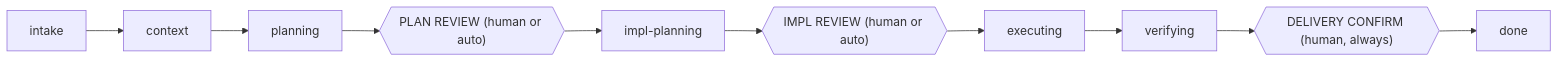
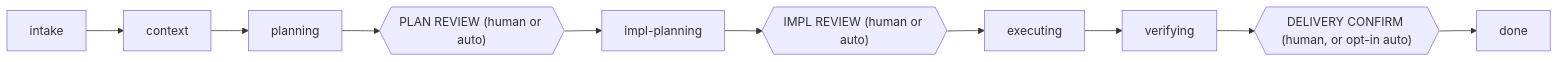
The diagram in README.md (hakkasuru/morpheus-os), drawn with Mermaid before and after one commit. The commit also changed other lines of this file and 5 other files, not shown here.

First line of the commit message:
[scaffold] gates: opt-in auto-delivery at gate 3

````diff
--- a/README.md
+++ b/README.md
@@ -27,10 +27,10 @@
 ```mermaid
 flowchart LR
     intake --> context --> planning
     planning --> plan_review{{"PLAN REVIEW (human or auto)"}}
     plan_review --> impl_planning["impl-planning"]
     impl_planning --> impl_review{{"IMPL REVIEW (human or auto)"}}
     impl_review --> executing --> verifying
-    verifying --> delivery_confirm{{"DELIVERY CONFIRM (human, always)"}}
+    verifying --> delivery_confirm{{"DELIVERY CONFIRM (human, or opt-in auto)"}}
     delivery_confirm --> done
 ```
````
